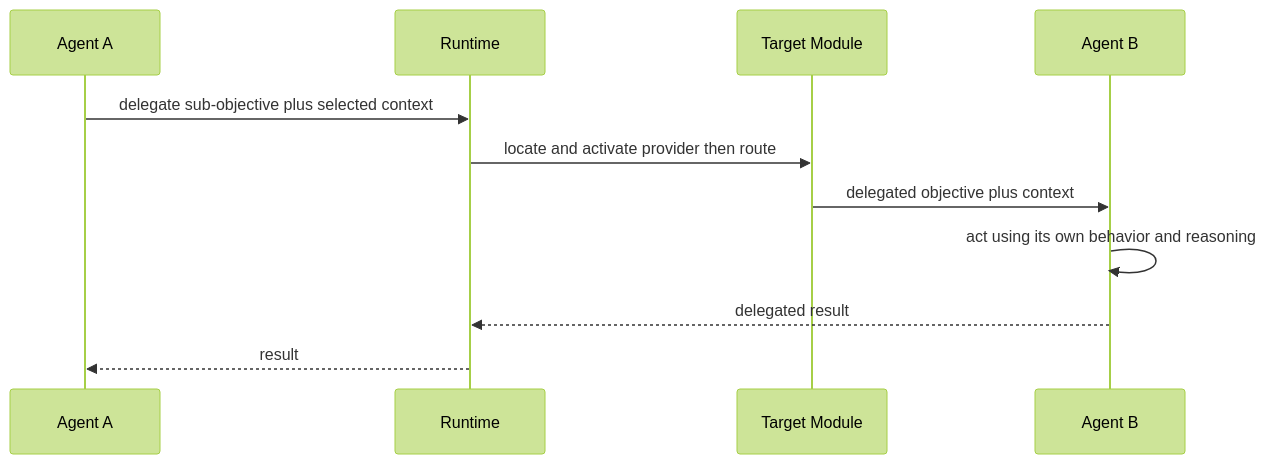
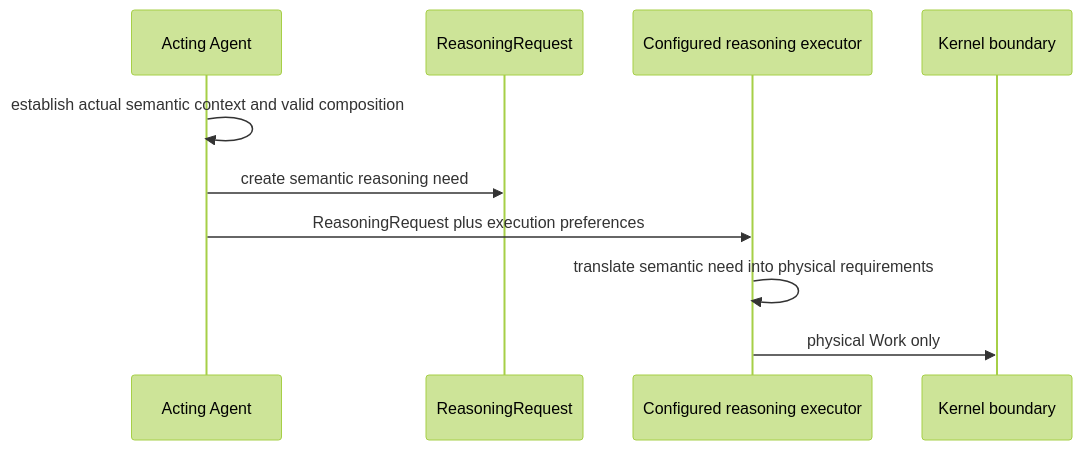
Before and after one commit to DidacLL/MADRE: the eighth of 12 diagrams in docs/architecture/mid-level-architecture.md, drawn with Mermaid (forest theme). The commit also changed other lines of this file, not shown here.

Commit message:
docs: align mid-level architecture with final SPIRA model

````diff
--- a/docs/architecture/mid-level-architecture.md
+++ b/docs/architecture/mid-level-architecture.md
@@ -369,14 +306,13 @@
 ```mermaid
 sequenceDiagram
-    participant A as Agent A
-    participant R as Runtime
-    participant M as Target Module
-    participant B as Agent B
+    participant A as Acting Agent
+    participant Q as ReasoningRequest
+    participant X as Configured reasoning executor
+    participant K as Kernel boundary
 
-    A->>R: delegate sub-objective plus selected context
-    R->>M: locate and activate provider then route
-    M->>B: delegated objective plus context
-    B->>B: act using its own behavior and reasoning
-    B-->>R: delegated result
-    R-->>A: result
+    A->>A: establish actual semantic context and valid composition
+    A->>Q: create semantic reasoning need
+    A->>X: ReasoningRequest plus execution preferences
+    X->>X: translate semantic need into physical requirements
+    X->>K: physical Work only
 ```
````
